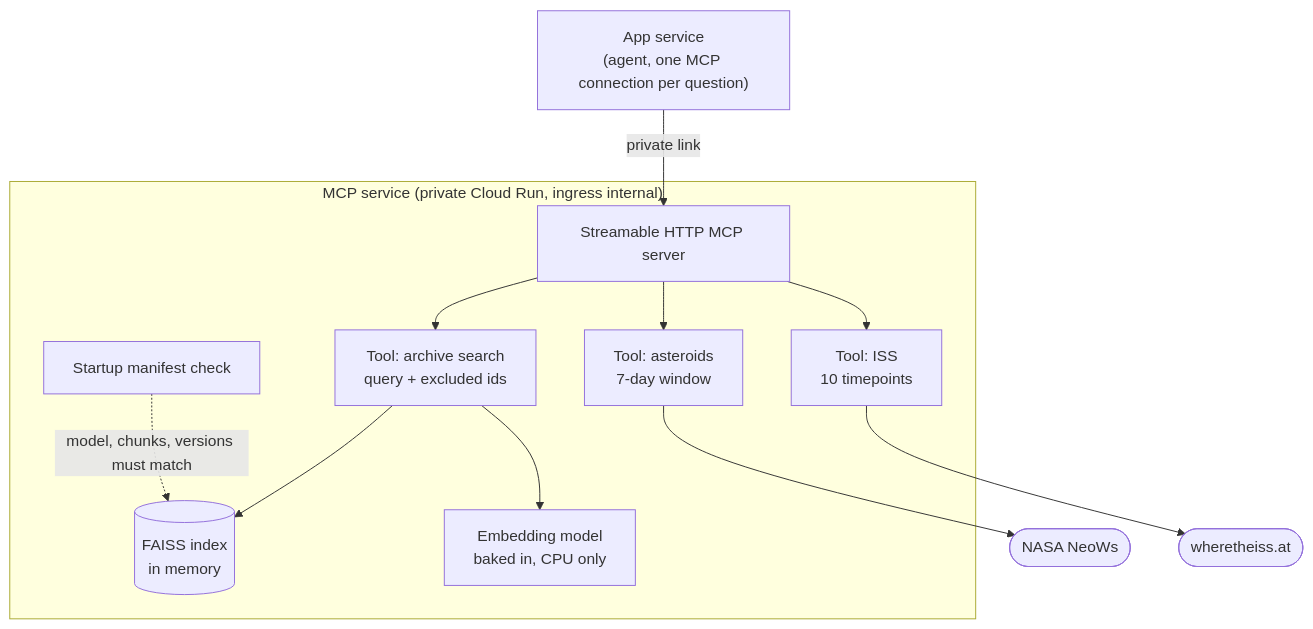
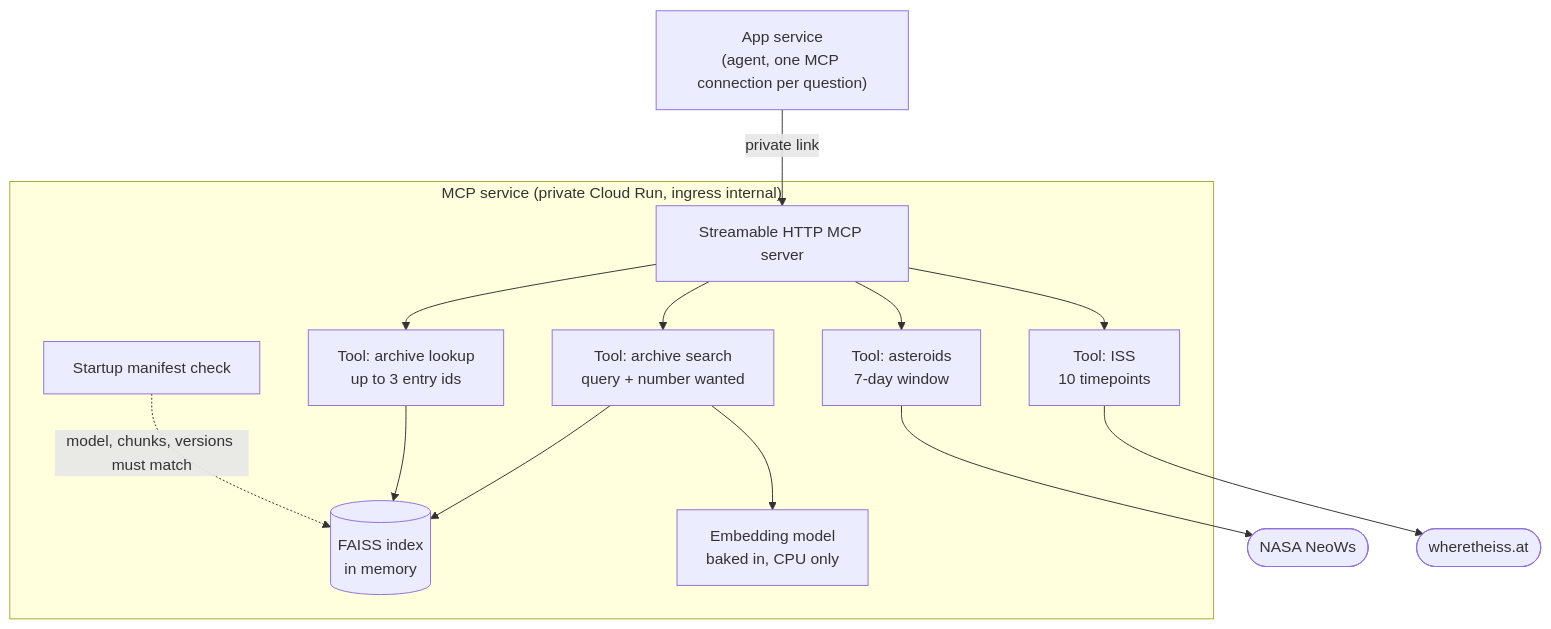
One commit to furkaanaydogdu/space-mcp-server changed the diagram in docs/architecture/mcp/c4-components.md. Above: the diagram before and after it, drawn with Mermaid. The commit also changed other lines of this file and 3 other files, not shown here.

````diff
--- a/docs/architecture/mcp/c4-components.md
+++ b/docs/architecture/mcp/c4-components.md
@@ -5,25 +5,28 @@
 ```mermaid
 flowchart TB
     app["App service<br/>(agent, one MCP connection per question)"]
     subgraph mcp["MCP service (private Cloud Run, ingress internal)"]
         srv["Streamable HTTP MCP server"]
-        t1["Tool: archive search<br/>query + excluded ids"]
+        t1["Tool: archive search<br/>query + number wanted"]
+        t4["Tool: archive lookup<br/>up to 3 entry ids"]
         t2["Tool: asteroids<br/>7-day window"]
         t3["Tool: ISS<br/>10 timepoints"]
         idx[("FAISS index<br/>in memory")]
         emb["Embedding model<br/>baked in, CPU only"]
         chk["Startup manifest check"]
     end
     neows(["NASA NeoWs"])
     iss(["wheretheiss.at"])
 
     app -- "private link" --> srv
     srv --> t1
+    srv --> t4
     srv --> t2
     srv --> t3
     t1 --> emb
     t1 --> idx
+    t4 --> idx
     t2 --> neows
     t3 --> iss
     chk -. "model, chunks, versions must match" .-> idx
 ```
````
